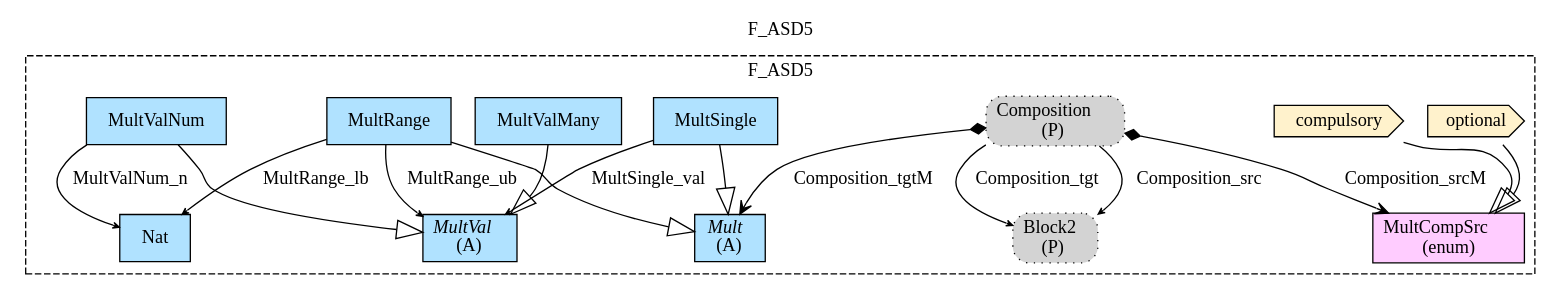
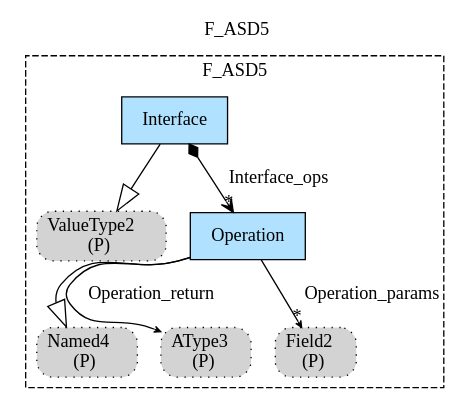
Before and after one commit to namalio/Fragmenta: the diagram in Haskell/IntoSysML/MM/img/F_ASD5.gv, drawn with Graphviz. The commit also changed 129 other files, not shown here.

```diff
--- a/Haskell/IntoSysML/MM/img/F_ASD5.gv
+++ b/Haskell/IntoSysML/MM/img/F_ASD5.gv
@@ -1,34 +1,21 @@
 digraph {graph[label=F_ASD5,labelloc=tl,labelfontsize=12];
 subgraph cluster_F_ASD5{style=dashed;label=F_ASD5;
-"PBlock2"[shape=box,fillcolor=lightgray,style ="rounded,filled,dotted",label=<Block2<br/>(P)>];
-"optional"[shape=cds,fillcolor="#FFF2CC",style = filled,label="optional"];
-"compulsory"[shape=cds,fillcolor="#FFF2CC",style = filled,label="compulsory"];
-"MultCompSrc"[shape=record,fillcolor="#FFCCFF",style = filled,label="MultCompSrc\l(enum)"];
-"PComposition"[shape=box,fillcolor=lightgray,style ="rounded,filled,dotted",label=<Composition<br/>(P)>];
-"Mult"[shape=record,fillcolor=lightskyblue1,style = filled,label=<{<I>Mult</I><br/>(A)}>];
-"MultValMany"[shape=record,fillcolor=lightskyblue1,style = filled,label="MultValMany"];
-"MultValNum"[shape=record,fillcolor=lightskyblue1,style = filled,label="MultValNum"];
-"Nat"[shape=record,fillcolor=lightskyblue1,style = filled,label="Nat"];
-"MultSingle"[shape=record,fillcolor=lightskyblue1,style = filled,label="MultSingle"];
-"MultRange"[shape=record,fillcolor=lightskyblue1,style = filled,label="MultRange"];
-"MultVal"[shape=record,fillcolor=lightskyblue1,style = filled,label=<{<I>MultVal</I><br/>(A)}>];
+"PValueType2"[shape=box,fillcolor=lightgray,style ="rounded,filled,dotted",label=<ValueType2<br/>(P)>];
+"PNamed4"[shape=box,fillcolor=lightgray,style ="rounded,filled,dotted",label=<Named4<br/>(P)>];
+"Interface"[shape=record,fillcolor=lightskyblue1,style = filled,label="Interface"];
+"PAType3"[shape=box,fillcolor=lightgray,style ="rounded,filled,dotted",label=<AType3<br/>(P)>];
+"Operation"[shape=record,fillcolor=lightskyblue1,style = filled,label="Operation"];
+"PField2"[shape=box,fillcolor=lightgray,style ="rounded,filled,dotted",label=<Field2<br/>(P)>];
 
-"PComposition"->"PBlock2"[label="Composition_src",arrowhead=vee,headlabel="",arrowsize=.5];
-"PComposition"->"PBlock2"[label="Composition_tgt",arrowhead=vee,headlabel="",arrowsize=.5];
-"optional"->"MultCompSrc"[arrowhead=onormal,arrowsize=2.0];
-"compulsory"->"MultCompSrc"[arrowhead=onormal,arrowsize=2.0];
-"PComposition"->"MultCompSrc"[label="Composition_srcM",arrowhead=vee,arrowtail=diamond,dir=both,headlabel=""];
-"PComposition"->"Mult"[label="Composition_tgtM",arrowhead=vee,arrowtail=diamond,dir=both,headlabel=""];
-"MultSingle"->"Mult"[arrowhead=onormal,arrowsize=2.0];
-"MultRange"->"Mult"[arrowhead=onormal,arrowsize=2.0];
-"MultValNum"->"MultVal"[arrowhead=onormal,arrowsize=2.0];
-"MultValMany"->"MultVal"[arrowhead=onormal,arrowsize=2.0];
-"MultRange"->"Nat"[label="MultRange_lb",arrowhead=vee,headlabel="",arrowsize=.5];
-"MultValNum"->"Nat"[label="MultValNum_n",arrowhead=vee,headlabel="",arrowsize=.5];
-"MultSingle"->"MultVal"[label="MultSingle_val",arrowhead=vee,headlabel="",arrowsize=.5];
-"MultRange"->"MultVal"[label="MultRange_ub",arrowhead=vee,headlabel="",arrowsize=.5];
+"Interface"->"PValueType2"[arrowhead=onormal,arrowsize=2.0];
+"Operation"->"PNamed4"[arrowhead=onormal,arrowsize=2.0];
+"Interface"->"Operation"[label="Interface_ops",arrowhead=vee,arrowtail=diamond,dir=both,headlabel="*"];
+"Operation"->"PAType3"[label="Operation_return",arrowhead=vee,headlabel="",arrowsize=.5];
+"Operation"->"PField2"[label="Operation_params",arrowhead=vee,headlabel="*",arrowsize=.5];
 
 }
 
 
+
+
 }
```
